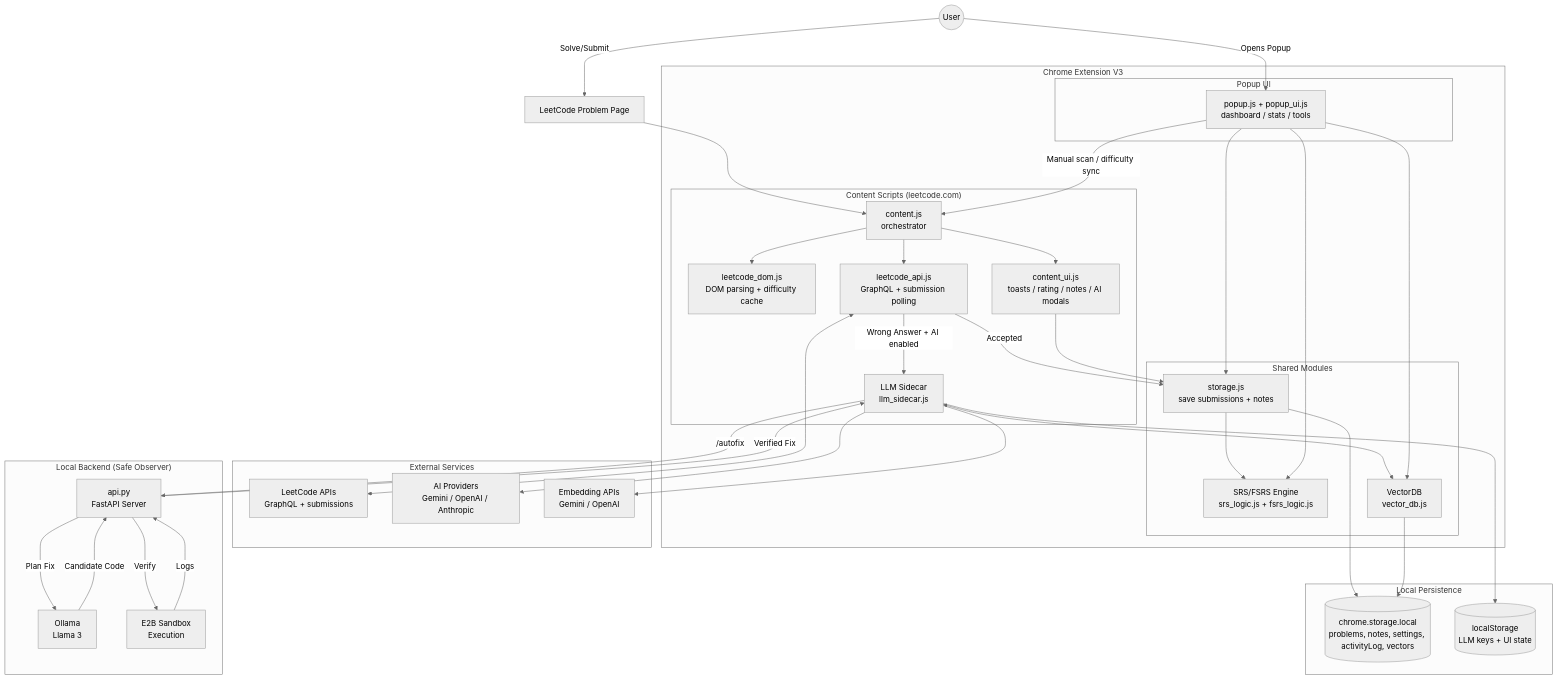
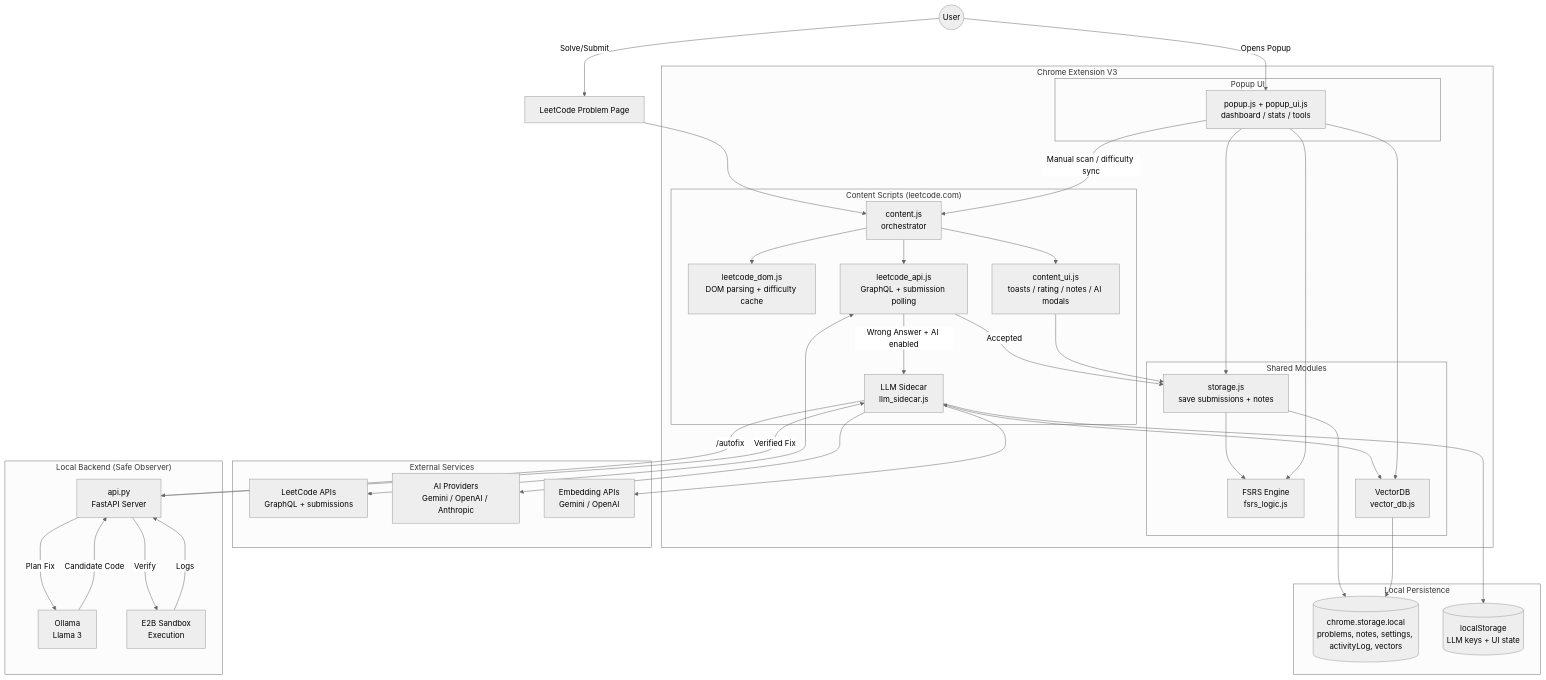
Before and after one commit to yc1838/LeetCode-Spaced-Repetition-Chrome-Extension: the first of 2 diagrams in README.md, drawn with Mermaid (neutral theme). The commit also changed other lines of this file and 96 other files, not shown here.

````diff
--- a/README.md
+++ b/README.md
@@ -187,77 +274,77 @@
 ```mermaid
 graph TD
     User((User))
     LCPage[LeetCode Problem Page]
 
     User -- Solve/Submit --> LCPage
 
     subgraph Extension["Chrome Extension V3"]
         subgraph Content["Content Scripts (leetcode.com)"]
             Orchestrator[content.js<br/>orchestrator]
             DOM[leetcode_dom.js<br/>DOM parsing + difficulty cache]
             API[leetcode_api.js<br/>GraphQL + submission polling]
             UI[content_ui.js<br/>toasts / rating / notes / AI modals]
             LLM[LLM Sidecar<br/>llm_sidecar.js]
         end
 
         subgraph Shared["Shared Modules"]
             StorageMod[storage.js<br/>save submissions + notes]
-            SRS[SRS/FSRS Engine<br/>srs_logic.js + fsrs_logic.js]
+            SRS[FSRS Engine<br/>fsrs_logic.js]
             VDB[VectorDB<br/>vector_db.js]
         end
 
         subgraph Popup["Popup UI"]
             PopupJS[popup.js + popup_ui.js<br/>dashboard / stats / tools]
         end
     end
 
     subgraph Local["Local Persistence"]
         CS[(chrome.storage.local<br/>problems, notes, settings, activityLog, vectors)]
         LS[(localStorage<br/>LLM keys + UI state)]
     end
 
     subgraph External["External Services"]
         LCAPI[LeetCode APIs<br/>GraphQL + submissions]
         AI[AI Providers<br/>Gemini / OpenAI / Anthropic]
         Embed[Embedding APIs<br/>Gemini / OpenAI]
     end
 
     subgraph MCP["Local Backend (Safe Observer)"]
         FastAPI[api.py<br/>FastAPI Server]
         Ollama[Ollama<br/>Llama 3]
         Sandbox[E2B Sandbox<br/>Execution]
     end
 
     LCPage --> Orchestrator
     Orchestrator --> DOM
     Orchestrator --> API
     Orchestrator --> UI
 
     API <--> LCAPI
     API -- Accepted --> StorageMod
     API -- Wrong Answer + AI enabled --> LLM
 
     StorageMod --> SRS
     StorageMod --> CS
     UI --> StorageMod
 
     LLM --> AI
     LLM --> Embed
     LLM <--> VDB
     VDB --> CS
     LLM --> LS
     
     %% Safe Observer Loop
     LLM -- /autofix --> FastAPI
     FastAPI -- Plan Fix --> Ollama
     Ollama -- Candidate Code --> FastAPI
     FastAPI -- Verify --> Sandbox
     Sandbox -- Logs --> FastAPI
     FastAPI -- Verified Fix --> LLM
 
     User -- Opens Popup --> PopupJS
     PopupJS --> StorageMod
     PopupJS --> VDB
     PopupJS --> SRS
     PopupJS -- Manual scan / difficulty sync --> Orchestrator
 ```
````
